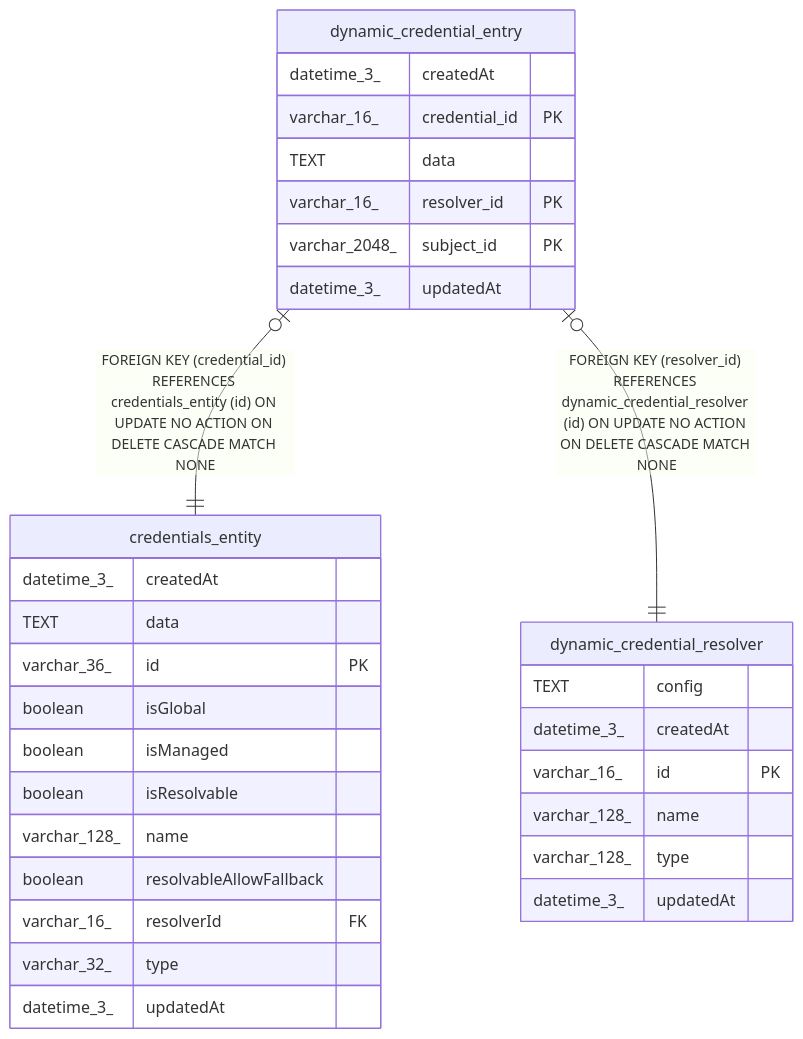
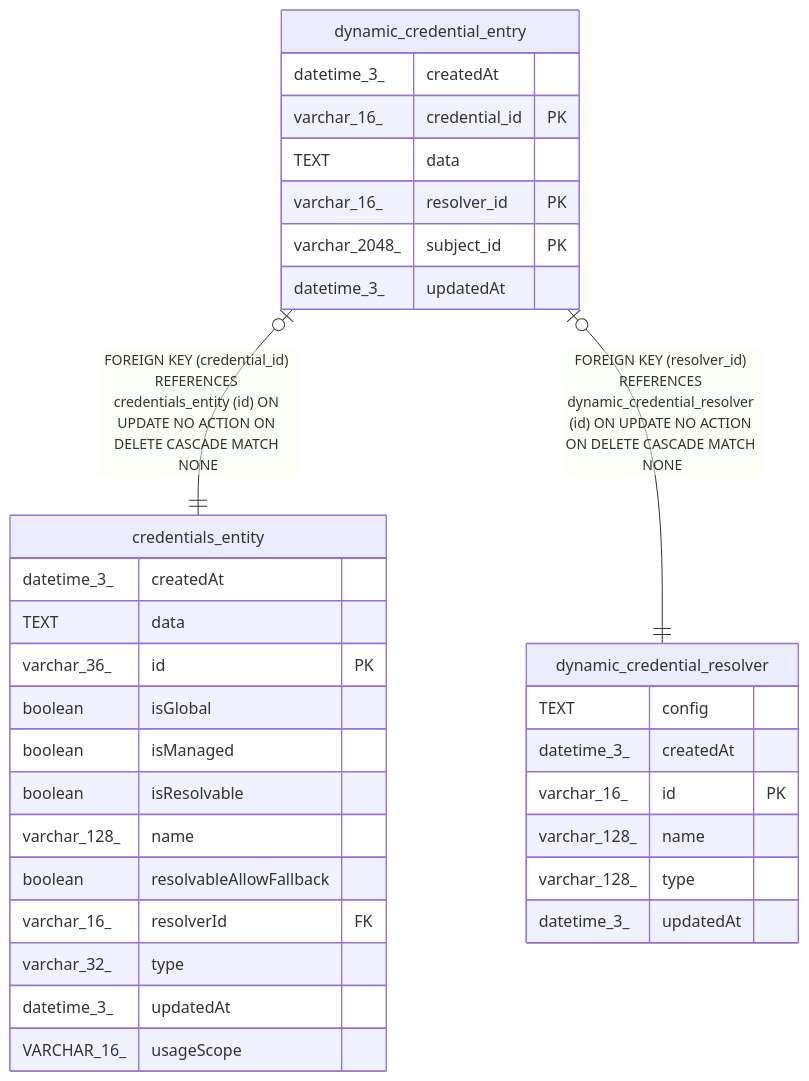
One commit to ggrace519/n8n changed the diagram in docs/generated/sqlite-schema/dynamic_credential_entry.md. Above: the diagram before and after it, drawn with Mermaid. The commit also changed 24 other files, not shown here.

Commit message:
feat(core): Add instance credential database schema (#34709)

````diff
--- a/docs/generated/sqlite-schema/dynamic_credential_entry.md
+++ b/docs/generated/sqlite-schema/dynamic_credential_entry.md
@@ -46,36 +46,37 @@
 ```mermaid
 erDiagram
 
 "dynamic_credential_entry" |o--|| "credentials_entity" : "FOREIGN KEY (credential_id) REFERENCES credentials_entity (id) ON UPDATE NO ACTION ON DELETE CASCADE MATCH NONE"
 "dynamic_credential_entry" |o--|| "dynamic_credential_resolver" : "FOREIGN KEY (resolver_id) REFERENCES dynamic_credential_resolver (id) ON UPDATE NO ACTION ON DELETE CASCADE MATCH NONE"
 
 "dynamic_credential_entry" {
   datetime_3_ createdAt
   varchar_16_ credential_id PK
   TEXT data
   varchar_16_ resolver_id PK
   varchar_2048_ subject_id PK
   datetime_3_ updatedAt
 }
 "credentials_entity" {
   datetime_3_ createdAt
   TEXT data
   varchar_36_ id PK
   boolean isGlobal
   boolean isManaged
   boolean isResolvable
   varchar_128_ name
   boolean resolvableAllowFallback
   varchar_16_ resolverId FK
   varchar_32_ type
   datetime_3_ updatedAt
+  VARCHAR_16_ usageScope
 }
 "dynamic_credential_resolver" {
   TEXT config
   datetime_3_ createdAt
   varchar_16_ id PK
   varchar_128_ name
   varchar_128_ type
   datetime_3_ updatedAt
 }
 ```
````
